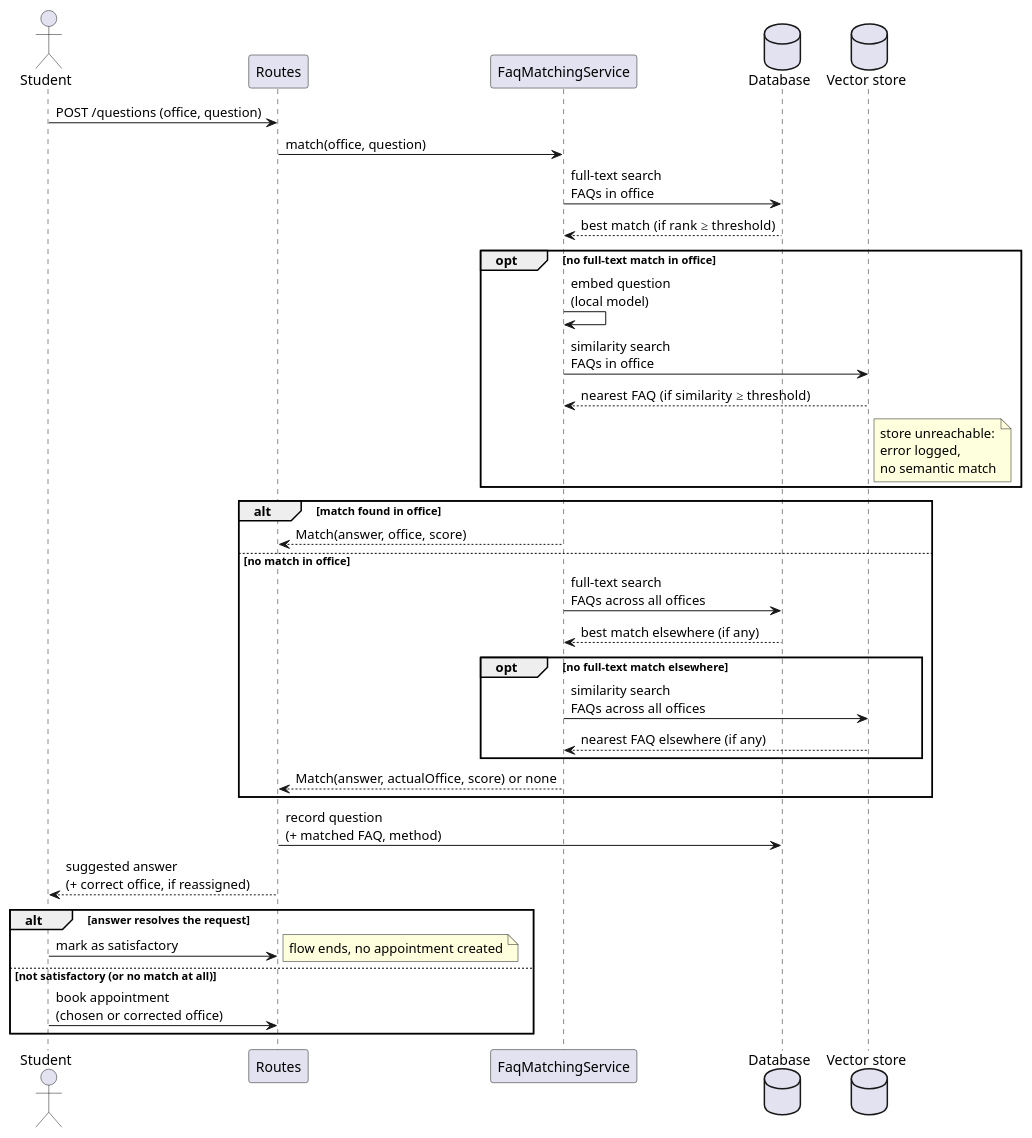
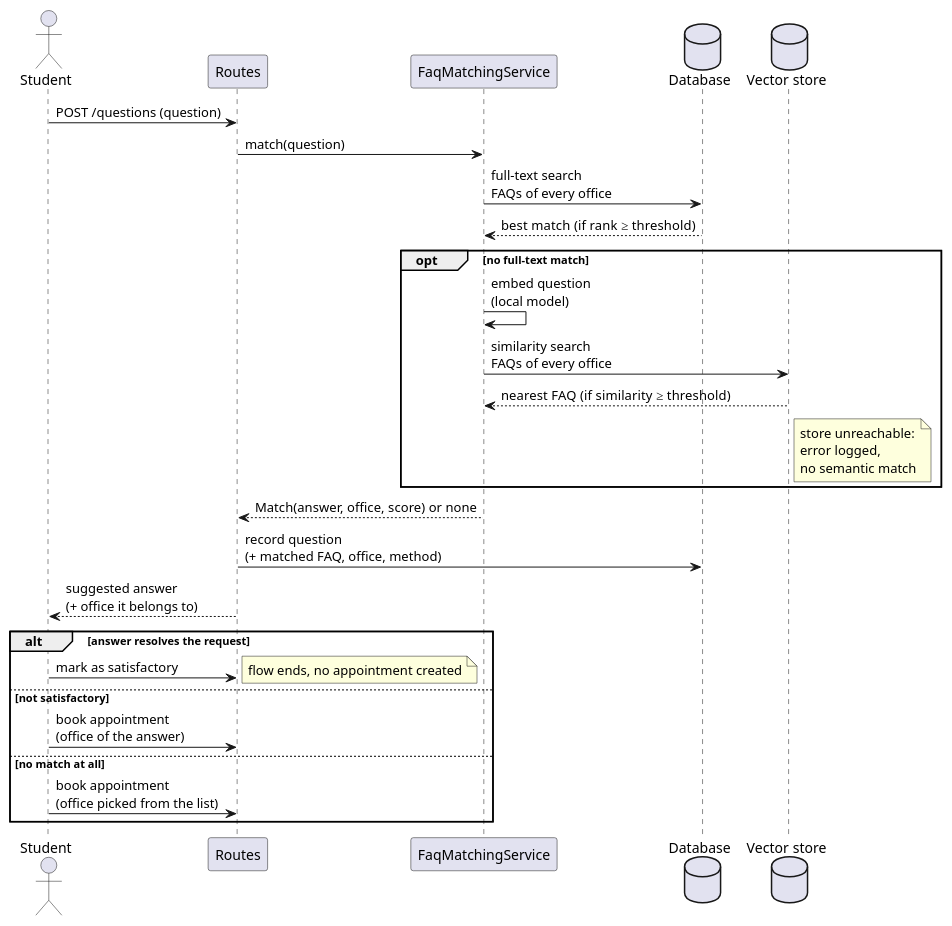
The diagram in sections/03-design/assets/seq1.puml (unibo-dtm-se-2526-PRONTO/report), drawn with PlantUML before and after one commit. The commit also changed 9 other files, not shown here.

```diff
--- a/sections/03-design/assets/seq1.puml
+++ b/sections/03-design/assets/seq1.puml
@@ -1,41 +1,32 @@
 @startuml seq1
 actor Student as student
 participant "Routes" as routes
 participant "FaqMatchingService" as faqsvc
 database "Database" as db
 database "Vector store" as vs
 
-student -> routes : POST /questions (office, question)
-routes -> faqsvc : match(office, question)
+student -> routes : POST /questions (question)
+routes -> faqsvc : match(question)
 
-faqsvc -> db : full-text search\nFAQs in office
+faqsvc -> db : full-text search\nFAQs of every office
 db --> faqsvc : best match (if rank ≥ threshold)
-opt no full-text match in office
+opt no full-text match
   faqsvc -> faqsvc : embed question\n(local model)
-  faqsvc -> vs : similarity search\nFAQs in office
+  faqsvc -> vs : similarity search\nFAQs of every office
   vs --> faqsvc : nearest FAQ (if similarity ≥ threshold)
   note right of vs : store unreachable:\nerror logged,\nno semantic match
 end
+faqsvc --> routes : Match(answer, office, score) or none
 
-alt match found in office
-  faqsvc --> routes : Match(answer, office, score)
-else no match in office
-  faqsvc -> db : full-text search\nFAQs across all offices
-  db --> faqsvc : best match elsewhere (if any)
-  opt no full-text match elsewhere
-    faqsvc -> vs : similarity search\nFAQs across all offices
-    vs --> faqsvc : nearest FAQ elsewhere (if any)
-  end
-  faqsvc --> routes : Match(answer, actualOffice, score) or none
-end
-
-routes -> db : record question\n(+ matched FAQ, method)
-routes --> student : suggested answer\n(+ correct office, if reassigned)
+routes -> db : record question\n(+ matched FAQ, office, method)
+routes --> student : suggested answer\n(+ office it belongs to)
 
 alt answer resolves the request
   student -> routes : mark as satisfactory
   note right : flow ends, no appointment created
-else not satisfactory (or no match at all)
-  student -> routes : book appointment\n(chosen or corrected office)
+else not satisfactory
+  student -> routes : book appointment\n(office of the answer)
+else no match at all
+  student -> routes : book appointment\n(office picked from the list)
 end
 @enduml
```
